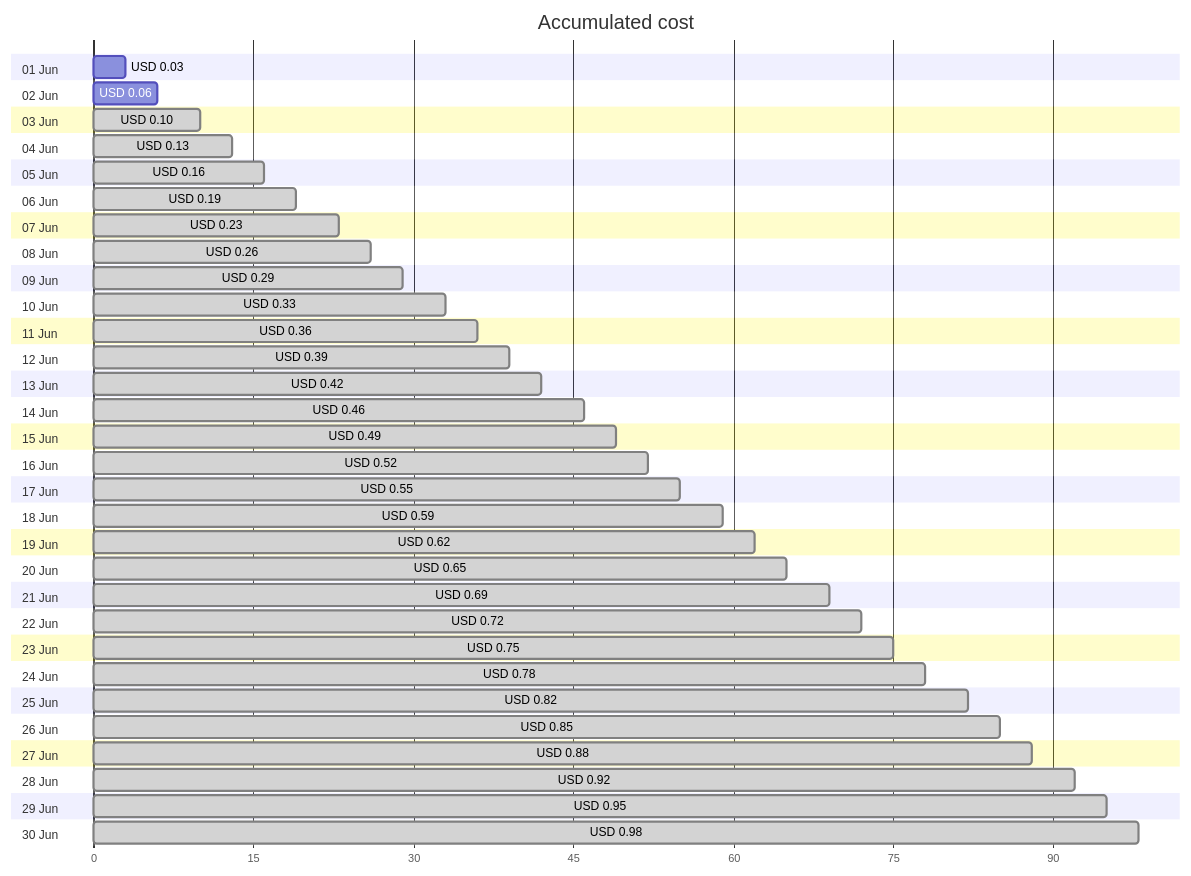
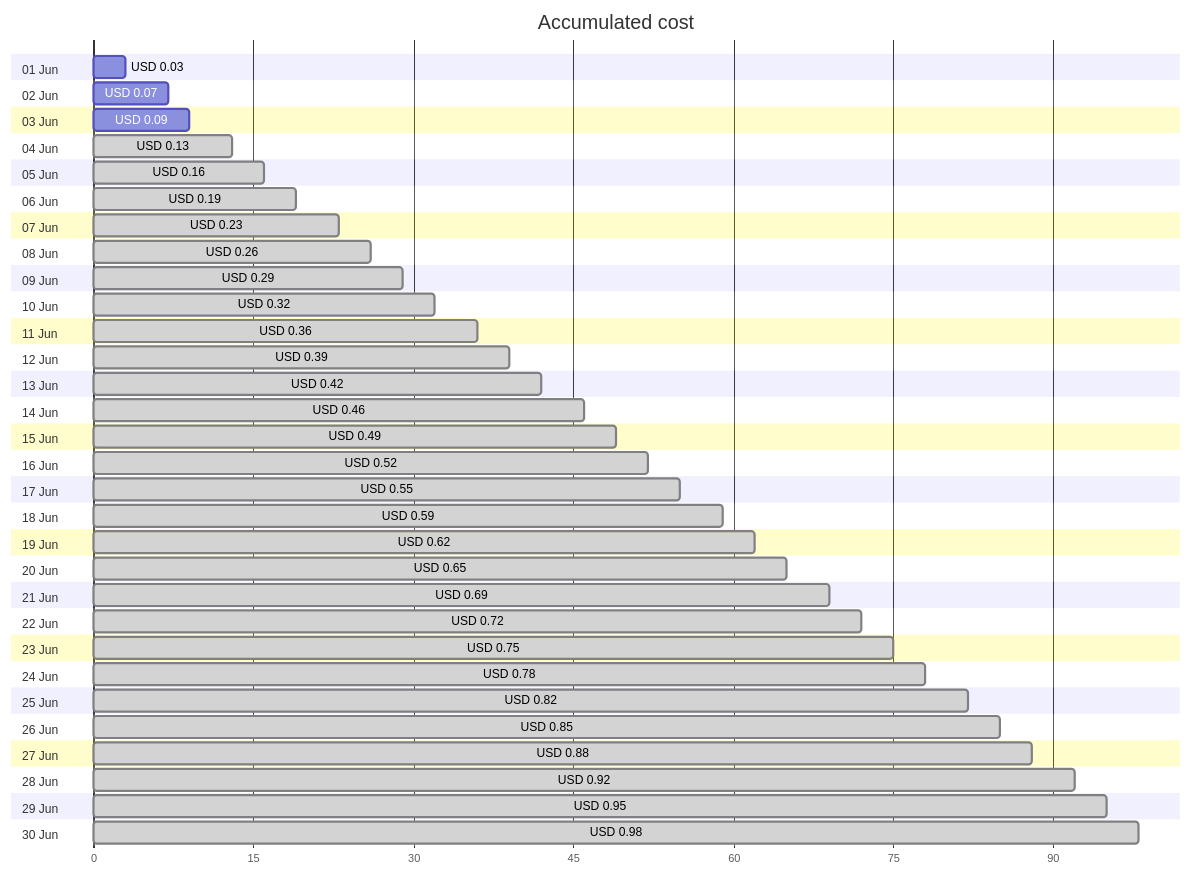
The first of 4 diagrams in cost-reports/personal-dns/README.md (jpfulton/azure-personal-reports), drawn with Mermaid before and after one commit. The commit also changed other lines of this file and 2 other files, not shown here.

````diff
--- a/cost-reports/personal-dns/README.md
+++ b/cost-reports/personal-dns/README.md
@@ -20,66 +20,66 @@
 ```mermaid
 gantt
    title Accumulated cost
    dateFormat  X
    axisFormat %s
    section 01 Jun
    USD 0.03 :0, 3
    section 02 Jun
-   USD 0.06 :0, 6
+   USD 0.07 :0, 7
    section 03 Jun
-   USD 0.10 : done, 0, 10
+   USD 0.09 :0, 9
    section 04 Jun
    USD 0.13 : done, 0, 13
    section 05 Jun
    USD 0.16 : done, 0, 16
    section 06 Jun
    USD 0.19 : done, 0, 19
    section 07 Jun
    USD 0.23 : done, 0, 23
    section 08 Jun
    USD 0.26 : done, 0, 26
    section 09 Jun
    USD 0.29 : done, 0, 29
    section 10 Jun
-   USD 0.33 : done, 0, 33
+   USD 0.32 : done, 0, 32
    section 11 Jun
    USD 0.36 : done, 0, 36
    section 12 Jun
    USD 0.39 : done, 0, 39
    section 13 Jun
    USD 0.42 : done, 0, 42
    section 14 Jun
    USD 0.46 : done, 0, 46
    section 15 Jun
    USD 0.49 : done, 0, 49
    section 16 Jun
    USD 0.52 : done, 0, 52
    section 17 Jun
    USD 0.55 : done, 0, 55
    section 18 Jun
    USD 0.59 : done, 0, 59
    section 19 Jun
    USD 0.62 : done, 0, 62
    section 20 Jun
    USD 0.65 : done, 0, 65
    section 21 Jun
    USD 0.69 : done, 0, 69
    section 22 Jun
    USD 0.72 : done, 0, 72
    section 23 Jun
    USD 0.75 : done, 0, 75
    section 24 Jun
    USD 0.78 : done, 0, 78
    section 25 Jun
    USD 0.82 : done, 0, 82
    section 26 Jun
    USD 0.85 : done, 0, 85
    section 27 Jun
    USD 0.88 : done, 0, 88
    section 28 Jun
    USD 0.92 : done, 0, 92
    section 29 Jun
    USD 0.95 : done, 0, 95
    section 30 Jun
    USD 0.98 : done, 0, 98
 ```
````
